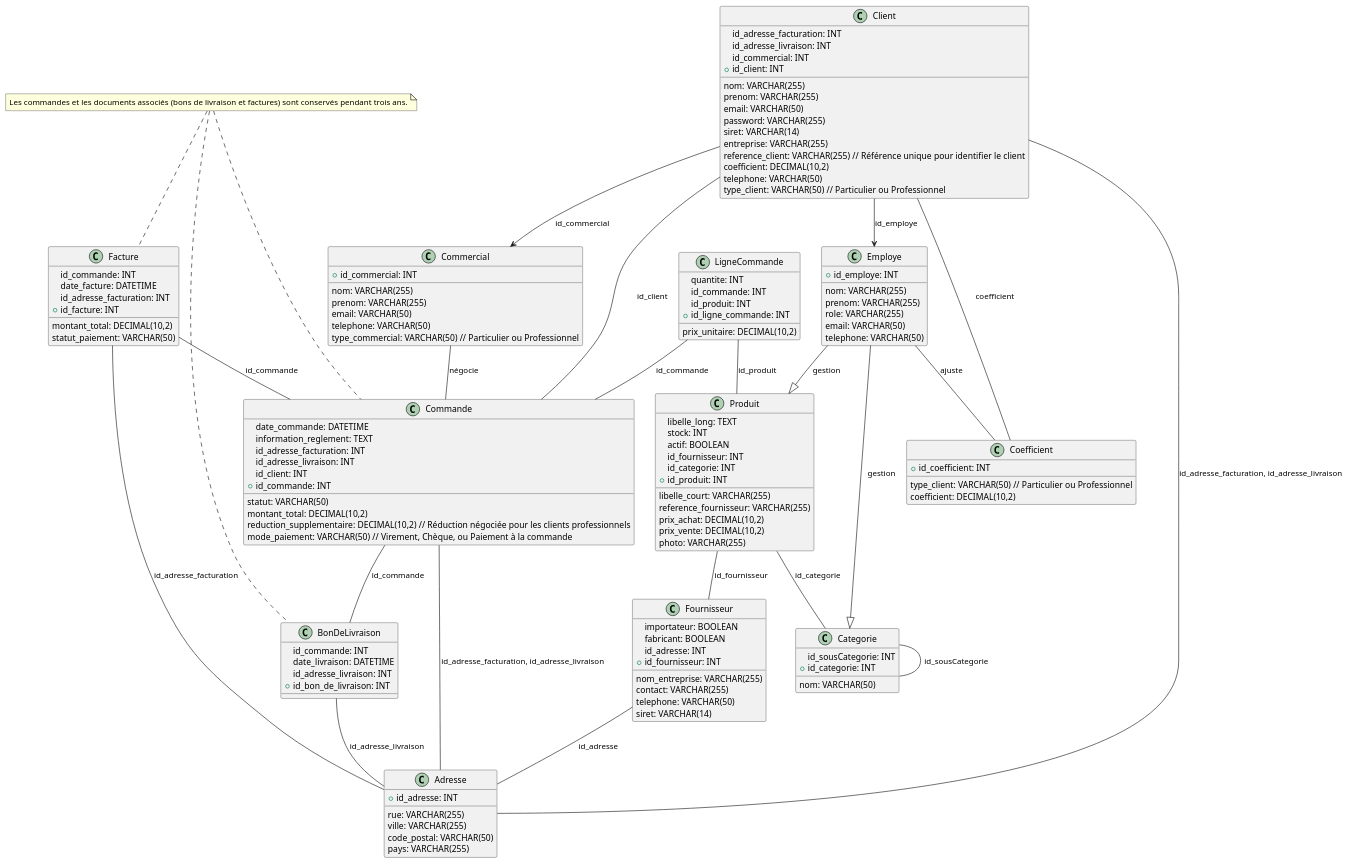
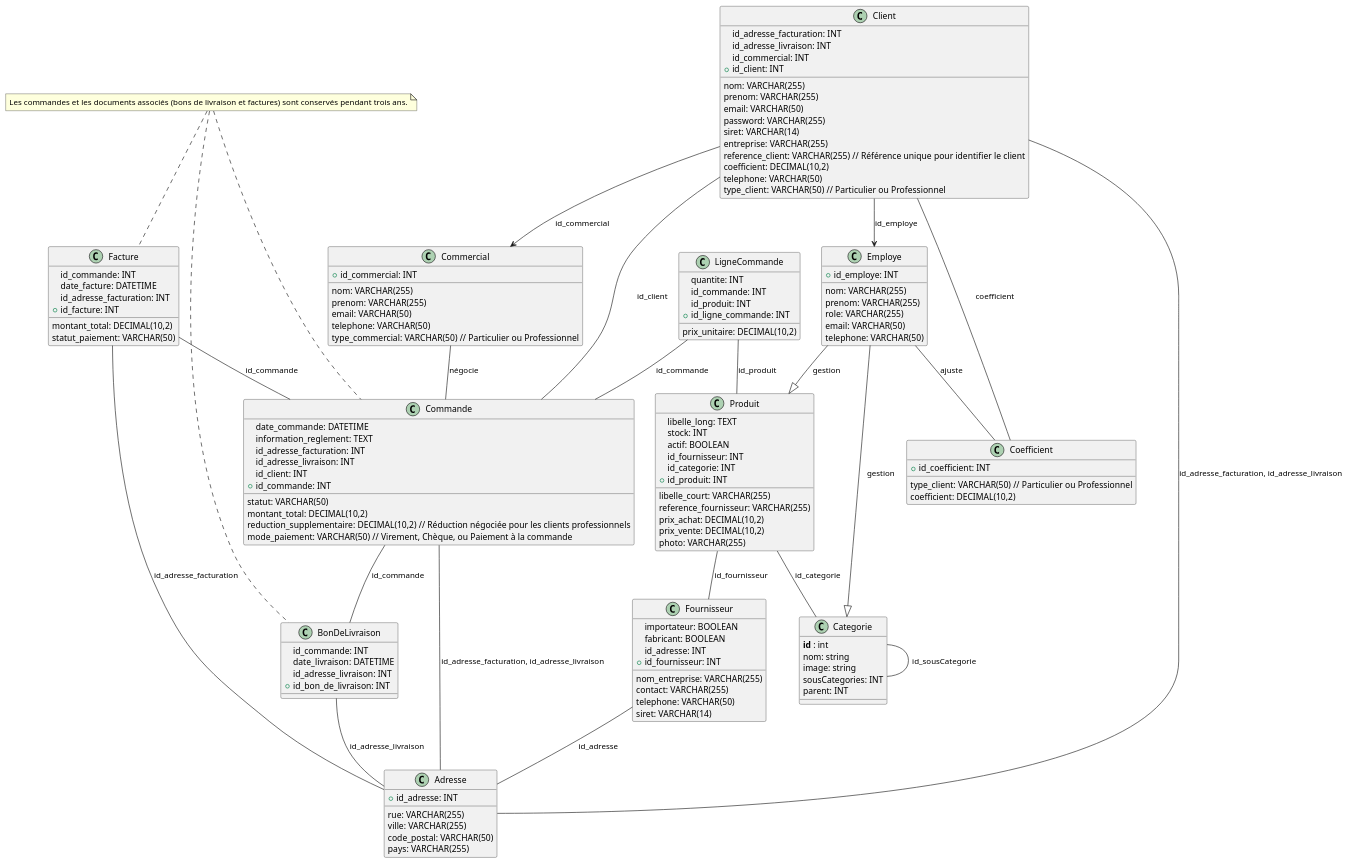
The diagram in modelisation/diagramme_classe.plantuml (clemence95/villagegreen), drawn with PlantUML before and after one commit. The commit also changed 11 other files, not shown here.

```diff
--- a/modelisation/diagramme_classe.plantuml
+++ b/modelisation/diagramme_classe.plantuml
@@ -1,147 +1,149 @@
 @startuml diagramme_classe
 
 class Adresse {
   rue: VARCHAR(255)
   ville: VARCHAR(255)
   code_postal: VARCHAR(50)
   pays: VARCHAR(255)
   +id_adresse: INT
 }
 
 class Client {
   nom: VARCHAR(255)
   prenom: VARCHAR(255)
   email: VARCHAR(50)
   password: VARCHAR(255)
   siret: VARCHAR(14)
   entreprise: VARCHAR(255)
   reference_client: VARCHAR(255) // Référence unique pour identifier le client
   coefficient: DECIMAL(10,2)
   telephone: VARCHAR(50)
   id_adresse_facturation: INT
   id_adresse_livraison: INT
   type_client: VARCHAR(50) // Particulier ou Professionnel
   id_commercial: INT
   +id_client: INT
 }
 
 class Employe {
   nom: VARCHAR(255)
   prenom: VARCHAR(255)
   role: VARCHAR(255)
   email: VARCHAR(50)
   telephone: VARCHAR(50)
   +id_employe: INT
 }
 
 class Commercial {
   nom: VARCHAR(255)
   prenom: VARCHAR(255)
   email: VARCHAR(50)
   telephone: VARCHAR(50)
   +id_commercial: INT
   type_commercial: VARCHAR(50) // Particulier ou Professionnel
 }
 
 class Fournisseur {
   nom_entreprise: VARCHAR(255)
   contact: VARCHAR(255)
   telephone: VARCHAR(50)
   siret: VARCHAR(14)
   importateur: BOOLEAN
   fabricant: BOOLEAN
   id_adresse: INT
   +id_fournisseur: INT
 }
 
 class Produit {
   libelle_court: VARCHAR(255)
   libelle_long: TEXT
   reference_fournisseur: VARCHAR(255)
   prix_achat: DECIMAL(10,2)
   prix_vente: DECIMAL(10,2)
   photo: VARCHAR(255)
   stock: INT
   actif: BOOLEAN
   id_fournisseur: INT
   id_categorie: INT
   +id_produit: INT
 }
 
 class Categorie {
-  nom: VARCHAR(50)
-  id_sousCategorie: INT
-  +id_categorie: INT
+  **id** : int
+  nom: string
+  image: string
+  sousCategories: INT
+  parent: INT
 }
 
 class Commande {
   date_commande: DATETIME
   statut: VARCHAR(50)
   montant_total: DECIMAL(10,2)
   reduction_supplementaire: DECIMAL(10,2) // Réduction négociée pour les clients professionnels
   mode_paiement: VARCHAR(50) // Virement, Chèque, ou Paiement à la commande
   information_reglement: TEXT
   id_adresse_facturation: INT
   id_adresse_livraison: INT
   id_client: INT
   +id_commande: INT
 }
 
 class LigneCommande {
   quantite: INT
   prix_unitaire: DECIMAL(10,2)
   id_commande: INT
   id_produit: INT
   +id_ligne_commande: INT
 }
 
 class BonDeLivraison {
   id_commande: INT
   date_livraison: DATETIME
   id_adresse_livraison: INT
   +id_bon_de_livraison: INT
 }
 
 class Facture {
   id_commande: INT
   date_facture: DATETIME
   montant_total: DECIMAL(10,2)
   statut_paiement: VARCHAR(50)
   id_adresse_facturation: INT
   +id_facture: INT
 }
 
 class Coefficient {
   type_client: VARCHAR(50) // Particulier ou Professionnel
   coefficient: DECIMAL(10,2)
   +id_coefficient: INT
 }
 
 note "Les commandes et les documents associés (bons de livraison et factures) sont conservés pendant trois ans." as N1
 
 Client -- Adresse: id_adresse_facturation, id_adresse_livraison
 Client --> Employe: id_employe
 Client --> Commercial: id_commercial
 Commande -- Client: id_client
 Commande -- Adresse: id_adresse_facturation, id_adresse_livraison
 Commande -- BonDeLivraison: id_commande
 Fournisseur -- Adresse: id_adresse
 Produit -- Fournisseur: id_fournisseur
 Produit -- Categorie: id_categorie
 LigneCommande -- Commande: id_commande
 LigneCommande -- Produit: id_produit
 BonDeLivraison -- Adresse: id_adresse_livraison
 Facture -- Commande: id_commande
 Facture -- Adresse: id_adresse_facturation
 Categorie -- Categorie: id_sousCategorie
 Employe --|> Produit: gestion
 Employe --|> Categorie: gestion
 Client -- Coefficient: coefficient
 Employe -- Coefficient: ajuste
 Commercial -- Commande: négocie
 
 N1 .. Commande
 N1 .. BonDeLivraison
 N1 .. Facture
 
 @enduml
```
